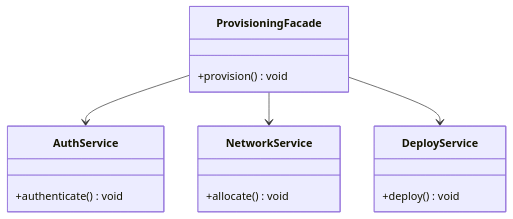
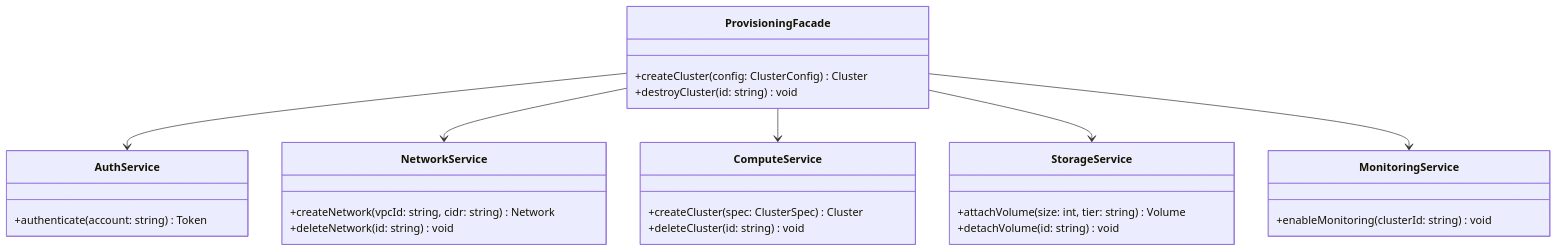
The diagram in docs/design-patterns/structural/facade.md (shivam-g-mishra/blog), drawn with Mermaid before and after one commit. The commit also changed other lines of this file and 31 other files, not shown here.

````diff
--- a/docs/design-patterns/structural/facade.md
+++ b/docs/design-patterns/structural/facade.md
@@ -60,19 +88,36 @@
 ```mermaid
 classDiagram
-  class ProvisioningFacade {
-    +provision() void
-  }
-  class AuthService {
-    +authenticate() void
-  }
-  class NetworkService {
-    +allocate() void
-  }
-  class DeployService {
-    +deploy() void
-  }
-
-  ProvisioningFacade --> AuthService
-  ProvisioningFacade --> NetworkService
-  ProvisioningFacade --> DeployService
+    class ProvisioningFacade {
+        +createCluster(config: ClusterConfig) Cluster
+        +destroyCluster(id: string) void
+    }
+    
+    class AuthService {
+        +authenticate(account: string) Token
+    }
+    
+    class NetworkService {
+        +createNetwork(vpcId: string, cidr: string) Network
+        +deleteNetwork(id: string) void
+    }
+    
+    class ComputeService {
+        +createCluster(spec: ClusterSpec) Cluster
+        +deleteCluster(id: string) void
+    }
+    
+    class StorageService {
+        +attachVolume(size: int, tier: string) Volume
+        +detachVolume(id: string) void
+    }
+    
+    class MonitoringService {
+        +enableMonitoring(clusterId: string) void
+    }
+    
+    ProvisioningFacade --> AuthService
+    ProvisioningFacade --> NetworkService
+    ProvisioningFacade --> ComputeService
+    ProvisioningFacade --> StorageService
+    ProvisioningFacade --> MonitoringService
 ```
````
